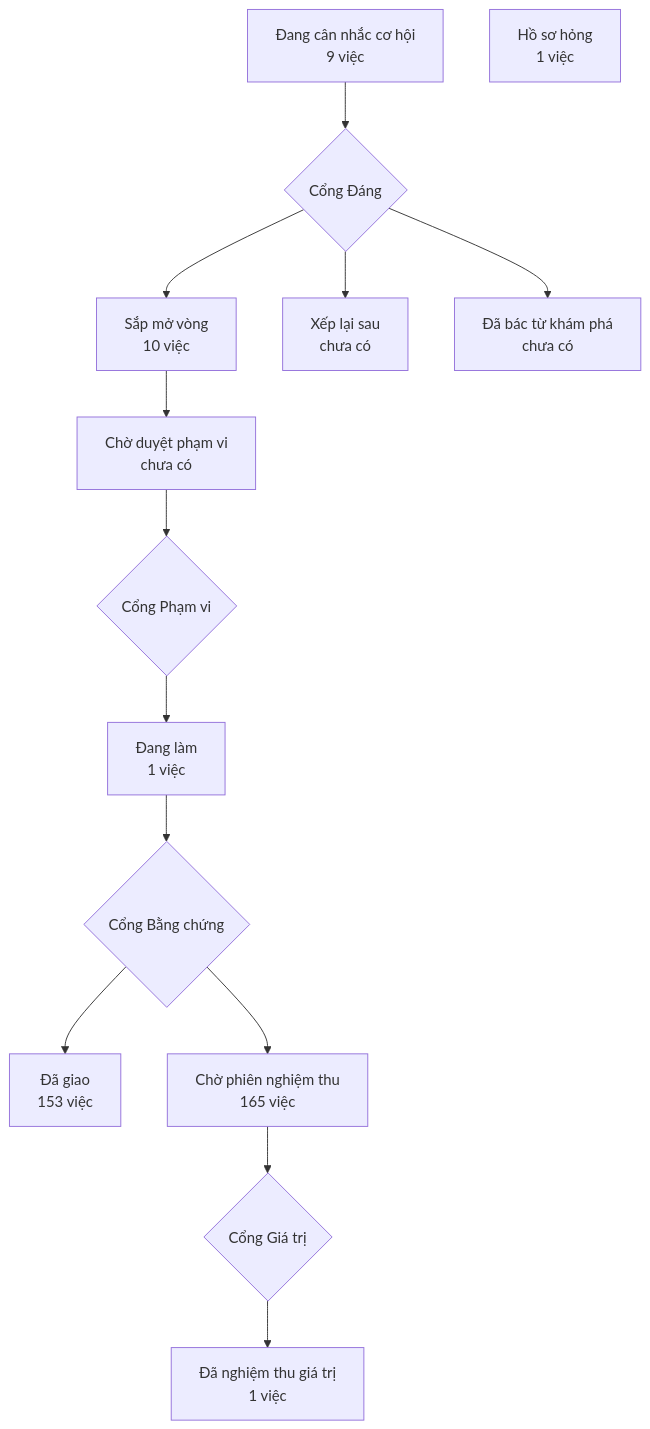
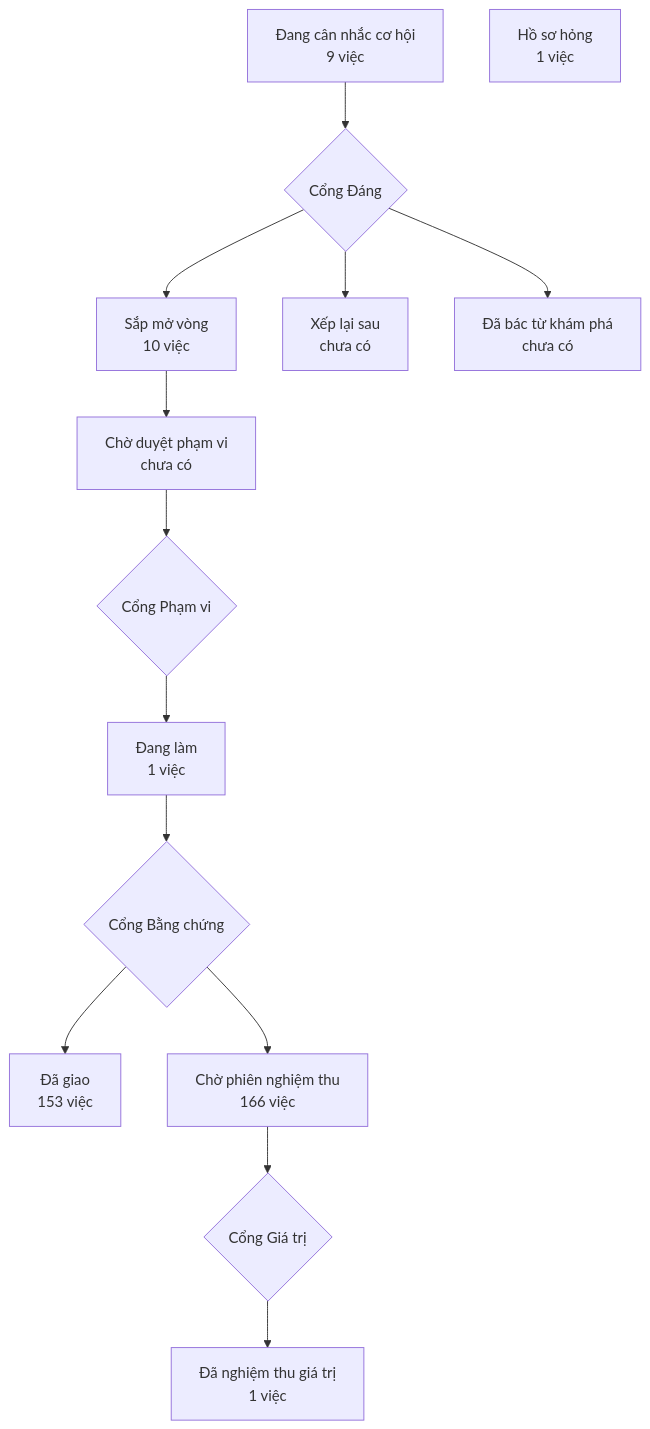
One commit to phanlemanh/crm-onehub changed the diagram in PRODUCT-MAP.md. Above: the diagram before and after it, drawn with Mermaid. The commit also changed 1 other file, not shown here.

Commit message:
chore: vẽ lại bản đồ sản phẩm sau gộp onehub #521

````diff
--- a/PRODUCT-MAP.md
+++ b/PRODUCT-MAP.md
@@ -7,13 +7,13 @@
 ```mermaid
 flowchart TD
   A["Đang cân nhắc cơ hội<br/>9 việc"] --> GD{"Cổng Đáng"}
   GD --> B["Sắp mở vòng<br/>10 việc"]
   GD --> XL["Xếp lại sau<br/>chưa có"]
   GD --> DB["Đã bác từ khám phá<br/>chưa có"]
   B --> CD["Chờ duyệt phạm vi<br/>chưa có"] --> GP{"Cổng Phạm vi"}
   GP --> DL["Đang làm<br/>1 việc"] --> GB{"Cổng Bằng chứng"}
   GB --> DG["Đã giao<br/>153 việc"]
-  GB --> CN["Chờ phiên nghiệm thu<br/>165 việc"] --> GG{"Cổng Giá trị"}
+  GB --> CN["Chờ phiên nghiệm thu<br/>166 việc"] --> GG{"Cổng Giá trị"}
   GG --> NT["Đã nghiệm thu giá trị<br/>1 việc"]
   HS["Hồ sơ hỏng<br/>1 việc"]
 ```
````
